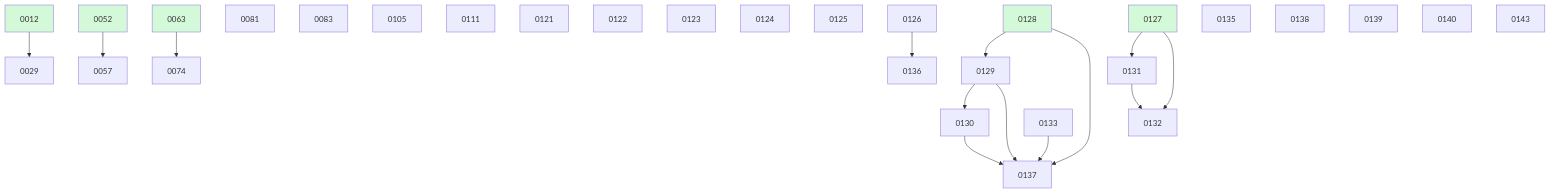
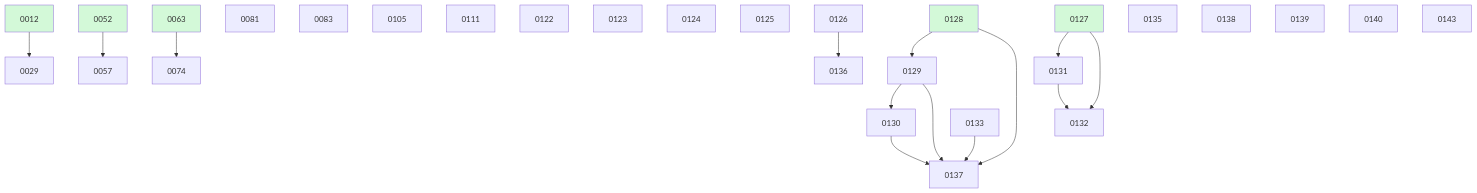
The diagram in docs/changes/BOARD.md (ethanhinson/fuse), drawn with Mermaid before and after one commit. The commit also changed other lines of this file and 1 other file, not shown here.

````diff
--- a/docs/changes/BOARD.md
+++ b/docs/changes/BOARD.md
@@ -50,38 +49,37 @@
 ```mermaid
 graph TD
   0012 --> 0029
   0052 --> 0057
   0063 --> 0074
   0081
   0083
   0105
   0111
-  0121
   0122
   0123
   0124
   0125
   0126
   0128 --> 0129
   0129 --> 0130
   0127 --> 0131
   0127 --> 0132
   0131 --> 0132
   0133
   0135
   0126 --> 0136
   0128 --> 0137
   0129 --> 0137
   0130 --> 0137
   0133 --> 0137
   0138
   0139
   0140
   0143
   0012:::done
   0052:::done
   0063:::done
   0127:::done
   0128:::done
   classDef done fill:#d3f9d8;
 ```
````
